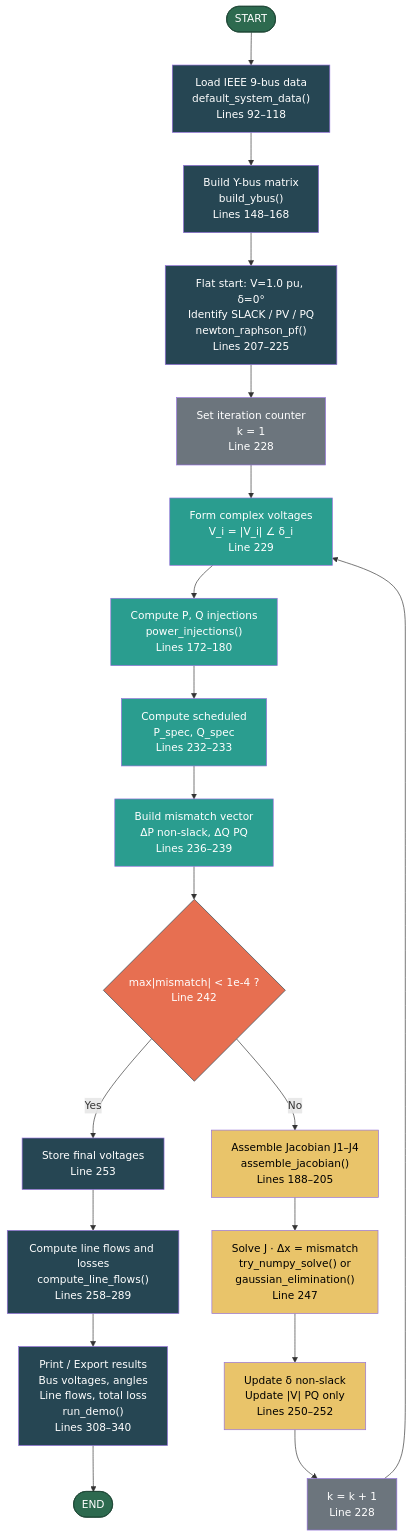
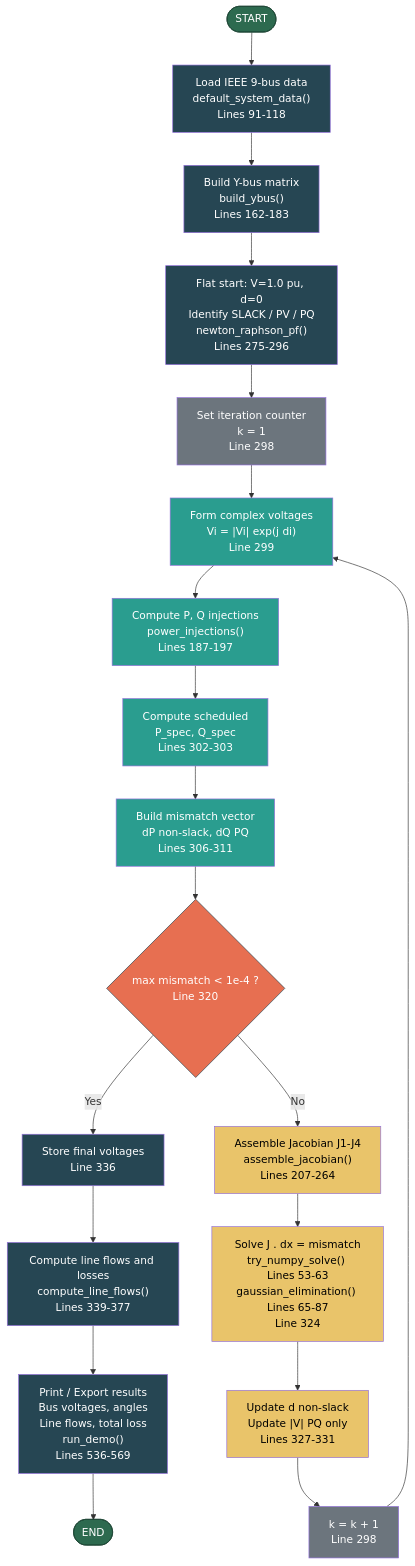
Before and after one commit to loshitha2002/EE354-PSSE-nw: the diagram in flowchart.md, drawn with Mermaid.

````diff
--- a/flowchart.md
+++ b/flowchart.md
@@ -3,40 +3,40 @@
 ```mermaid
 flowchart TD
-    A([START]) --> B["Load IEEE 9-bus data\ndefault_system_data()\nLines 92–118"]
-    B --> C["Build Y-bus matrix\nbuild_ybus()\nLines 148–168"]
-    C --> D["Flat start: V=1.0 pu, δ=0°\nIdentify SLACK / PV / PQ\nnewton_raphson_pf()\nLines 207–225"]
-    D --> E["Set iteration counter\nk = 1\nLine 228"]
-    E --> F["Form complex voltages\nV_i = |V_i| ∠ δ_i\nLine 229"]
-    F --> G["Compute P, Q injections\npower_injections()\nLines 172–180"]
-    G --> H["Compute scheduled\nP_spec, Q_spec\nLines 232–233"]
-    H --> I["Build mismatch vector\nΔP non-slack, ΔQ PQ\nLines 236–239"]
-    I --> J{"max|mismatch| < 1e-4 ?\nLine 242"}
-    J -- Yes --> K["Store final voltages\nLine 253"]
-    J -- No --> L["Assemble Jacobian J1–J4\nassemble_jacobian()\nLines 188–205"]
-    L --> M["Solve J · Δx = mismatch\ntry_numpy_solve() or\ngaussian_elimination()\nLine 247"]
-    M --> N["Update δ non-slack\nUpdate |V| PQ only\nLines 250–252"]
-    N --> O["k = k + 1\nLine 228"]
+    A([START]) --> B["Load IEEE 9-bus data<br>default_system_data()<br>Lines 91-118"]
+    B --> C["Build Y-bus matrix<br>build_ybus()<br>Lines 162-183"]
+    C --> D["Flat start: V=1.0 pu, d=0<br>Identify SLACK / PV / PQ<br>newton_raphson_pf()<br>Lines 275-296"]
+    D --> E["Set iteration counter<br>k = 1<br>Line 298"]
+    E --> F["Form complex voltages<br>Vi = |Vi| exp(j di)<br>Line 299"]
+    F --> G["Compute P, Q injections<br>power_injections()<br>Lines 187-197"]
+    G --> H["Compute scheduled<br>P_spec, Q_spec<br>Lines 302-303"]
+    H --> I["Build mismatch vector<br>dP non-slack, dQ PQ<br>Lines 306-311"]
+    I --> J{"max mismatch < 1e-4 ?<br>Line 320"}
+    J -- Yes --> K["Store final voltages<br>Line 336"]
+    J -- No --> L["Assemble Jacobian J1-J4<br>assemble_jacobian()<br>Lines 207-264"]
+    L --> M["Solve J . dx = mismatch<br>try_numpy_solve() Lines 53-63<br>gaussian_elimination() Lines 65-87<br>Line 324"]
+    M --> N["Update d non-slack<br>Update |V| PQ only<br>Lines 327-331"]
+    N --> O["k = k + 1<br>Line 298"]
     O --> F
-    K --> P["Compute line flows and losses\ncompute_line_flows()\nLines 258–289"]
-    P --> Q["Print / Export results\nBus voltages, angles\nLine flows, total loss\nrun_demo()\nLines 308–340"]
+    K --> P["Compute line flows and losses<br>compute_line_flows()<br>Lines 339-377"]
+    P --> Q["Print / Export results<br>Bus voltages, angles<br>Line flows, total loss<br>run_demo()<br>Lines 536-569"]
     Q --> R([END])
 
     style A fill:#2d6a4f,color:#fff,stroke:#1b4332
     style R fill:#2d6a4f,color:#fff,stroke:#1b4332
     style J fill:#e76f51,color:#fff,stroke:#264653
     style B fill:#264653,color:#fff
     style C fill:#264653,color:#fff
     style D fill:#264653,color:#fff
     style F fill:#2a9d8f,color:#fff
     style G fill:#2a9d8f,color:#fff
     style H fill:#2a9d8f,color:#fff
     style I fill:#2a9d8f,color:#fff
     style L fill:#e9c46a,color:#000
     style M fill:#e9c46a,color:#000
     style N fill:#e9c46a,color:#000
     style K fill:#264653,color:#fff
     style P fill:#264653,color:#fff
     style Q fill:#264653,color:#fff
     style E fill:#6c757d,color:#fff
     style O fill:#6c757d,color:#fff
 ```
````
